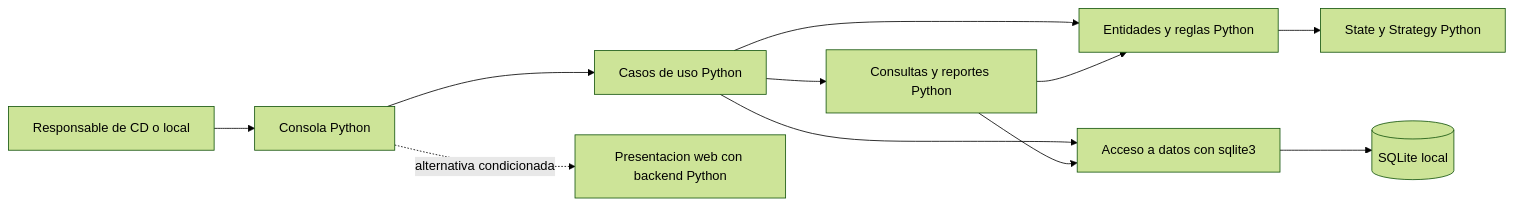
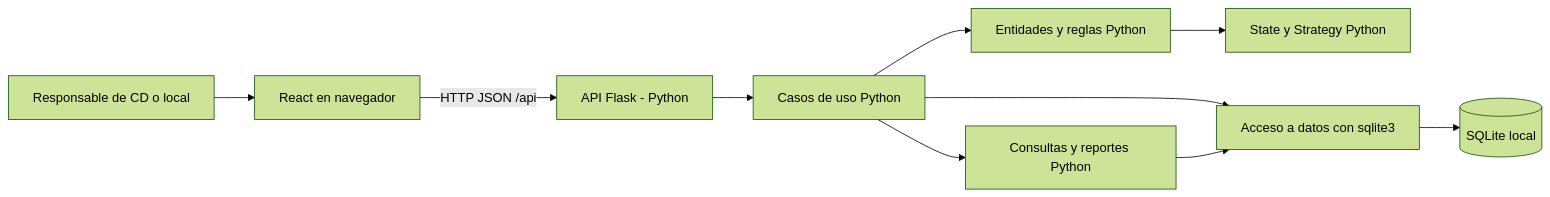
The third of 4 diagrams in docs/PLANIFICACION_TP_POO.md (ThomasSalomon/TP-DAO), drawn with Mermaid (forest theme) before and after one commit. The commit also changed other lines of this file and 19 other files, not shown here.

Commit message:
Align F-00 architecture documentation on React, Flask, and SQLite

````diff
--- a/docs/PLANIFICACION_TP_POO.md
+++ b/docs/PLANIFICACION_TP_POO.md
@@ -396,13 +405,12 @@
 ```mermaid
 flowchart LR
-    Persona[Responsable de CD o local] --> CLI[Consola Python]
-    CLI --> CU[Casos de uso Python]
+    Persona[Responsable de CD o local] --> UI[React en navegador]
+    UI -->|HTTP JSON /api| API[API Flask - Python]
+    API --> CU[Casos de uso Python]
     CU --> DOM[Entidades y reglas Python]
     DOM --> PAT[State y Strategy Python]
     CU --> DAT[Acceso a datos con sqlite3]
     DAT --> DB[(SQLite local)]
     CU --> REP[Consultas y reportes Python]
     REP --> DAT
-    REP --> DOM
-    CLI -. alternativa condicionada .-> WEB[Presentacion web con backend Python]
 ```
````
